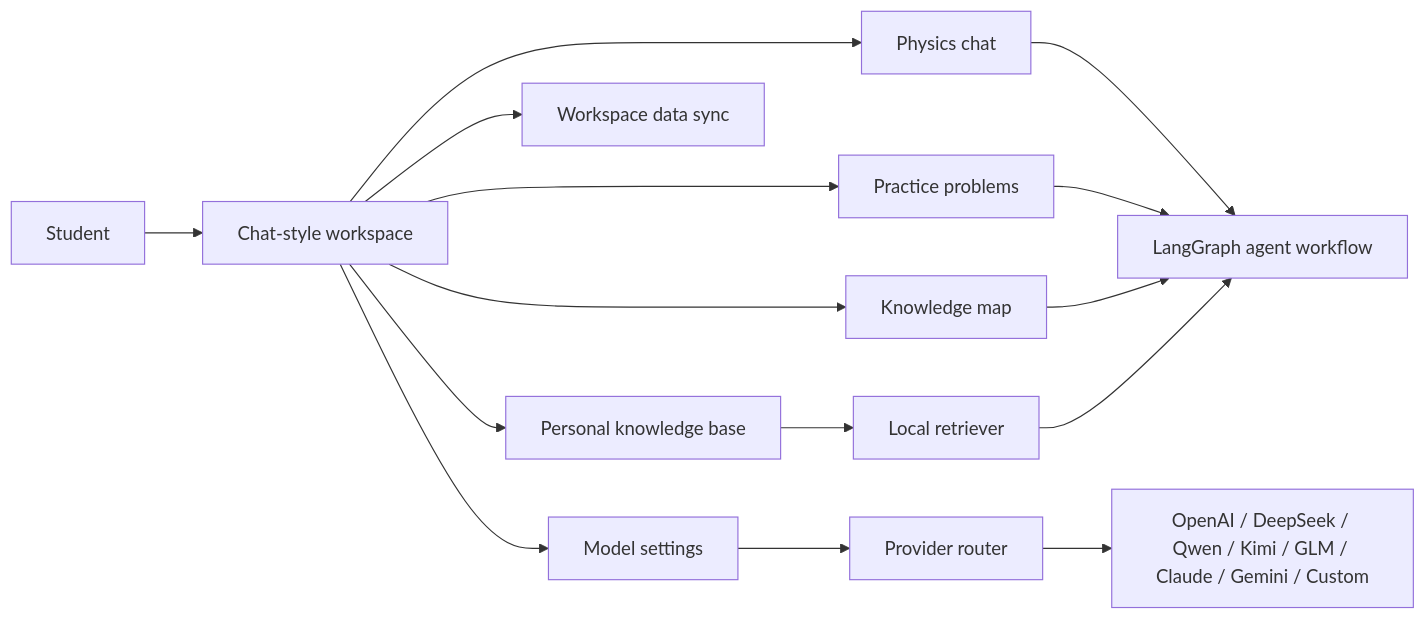
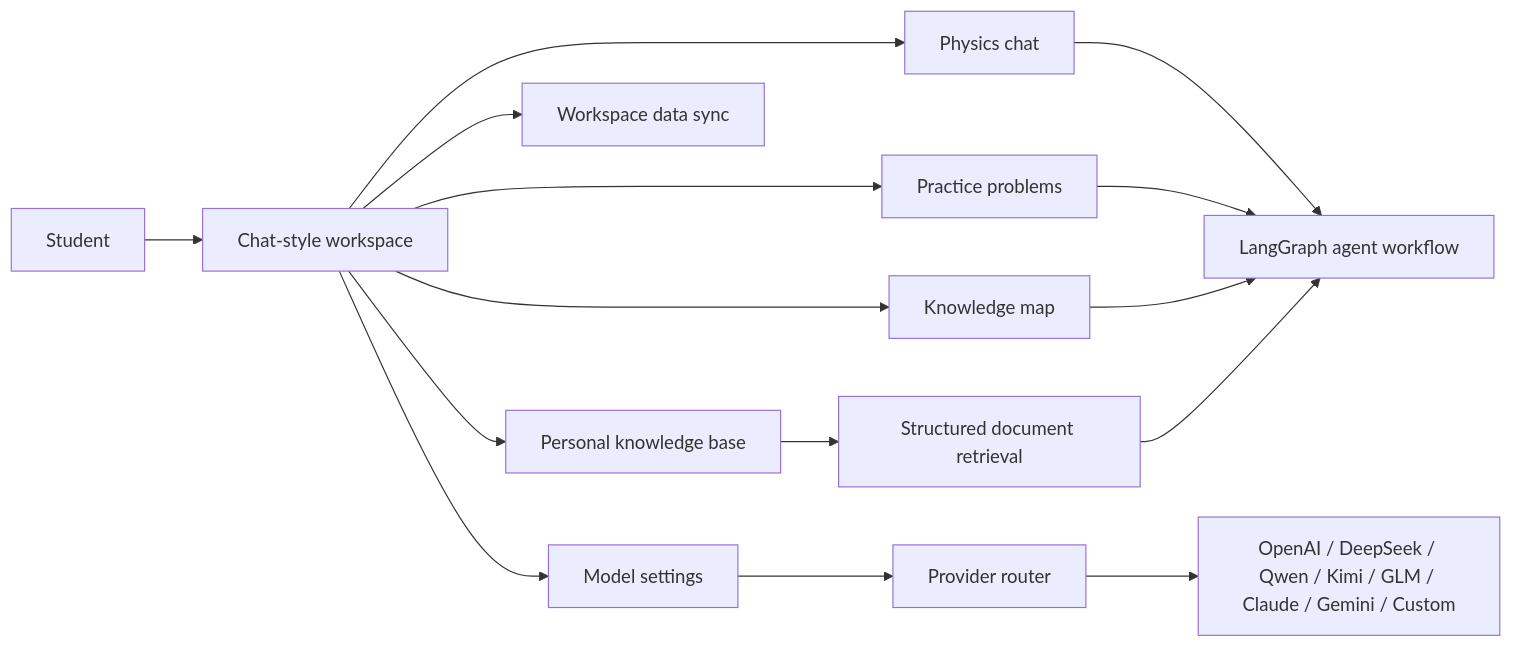
One commit to lizr-phys/physics-learning-agent changed the first of 5 diagrams in README.md. Above: the diagram before and after it, drawn with Mermaid. The commit also changed other lines of this file and 24 other files, not shown here.

````diff
--- a/README.md
+++ b/README.md
@@ -41,18 +41,18 @@
 ```mermaid
 flowchart LR
   Student["Student"] --> Workspace["Chat-style workspace"]
   Workspace --> Chat["Physics chat"]
   Workspace --> Practice["Practice problems"]
   Workspace --> Map["Knowledge map"]
   Workspace --> KB["Personal knowledge base"]
   Workspace --> DataSync["Workspace data sync"]
   Workspace --> Settings["Model settings"]
 
   Chat --> Agent["LangGraph agent workflow"]
   Practice --> Agent
   Map --> Agent
-  KB --> Retriever["Local retriever"]
+  KB --> Retriever["Structured document retrieval"]
   Retriever --> Agent
   Settings --> Router["Provider router"]
   Router --> Models["OpenAI / DeepSeek / Qwen / Kimi / GLM / Claude / Gemini / Custom"]
 ```
````
